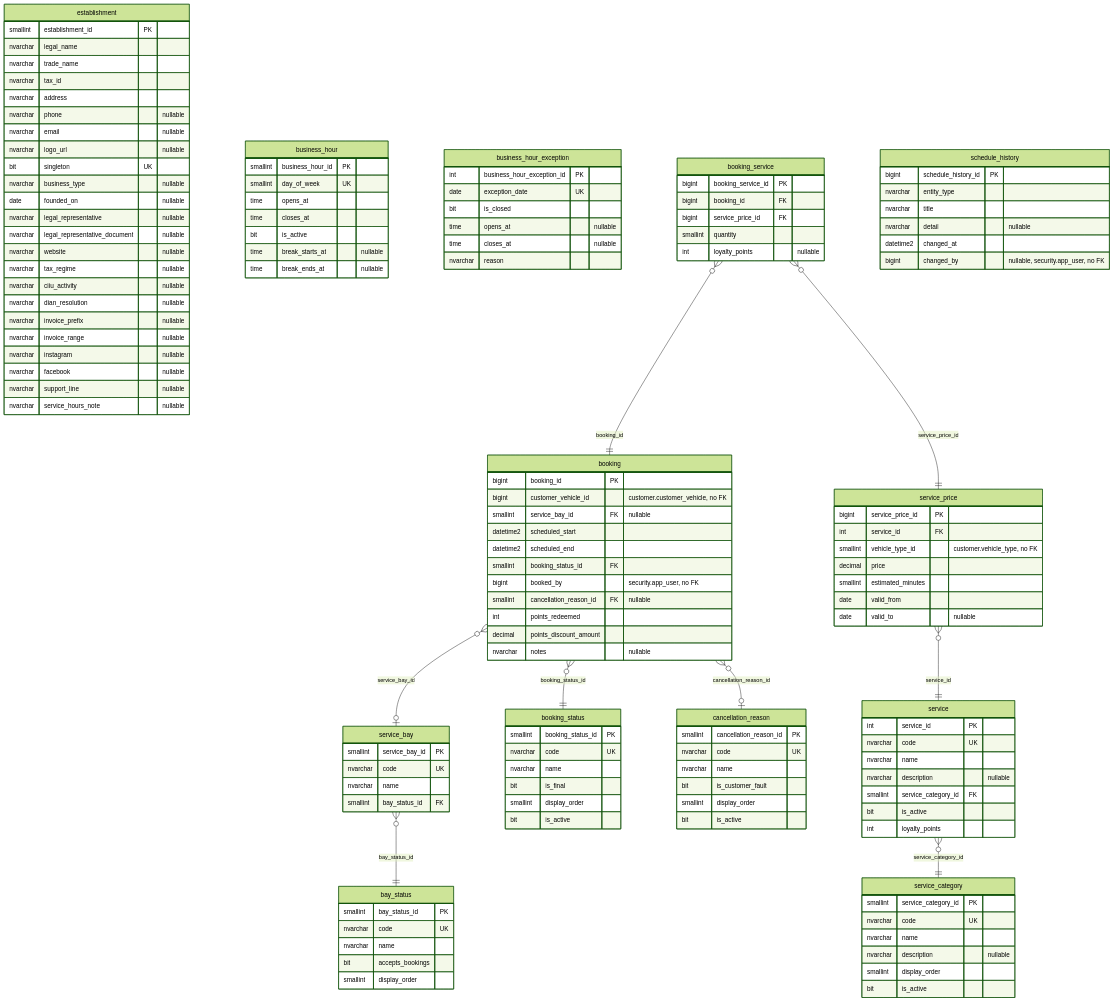
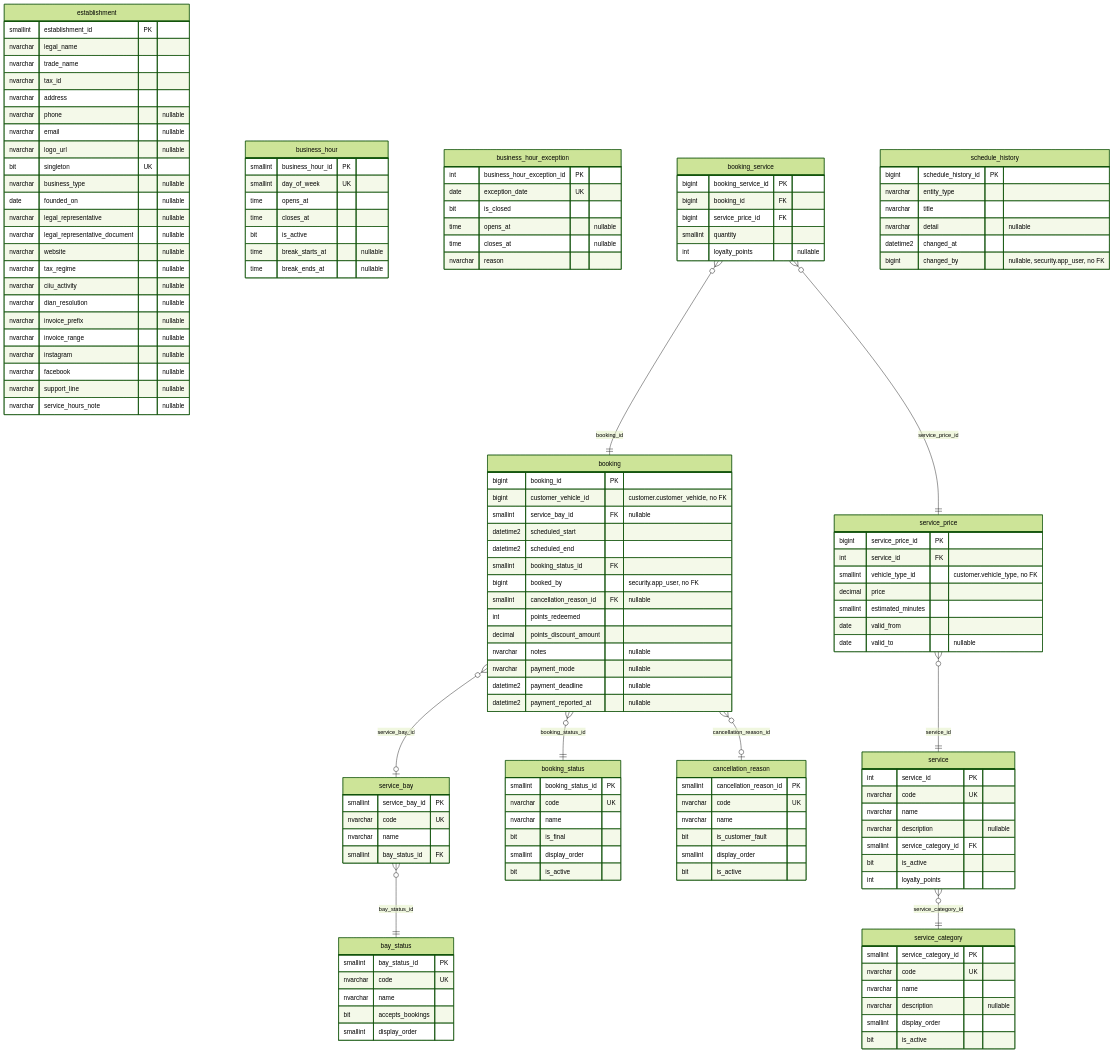
One commit to code-sena/vehicle-w-docs changed the diagram in 08-uml/diagrams/source/erd-booking.md. Above: the diagram before and after it, drawn with Mermaid (forest theme). The commit also changed other lines of this file and 3 other files, not shown here.

First line of the commit message:
docs(data): document booking migration 049 and seed 117 (payment mode and deadline)

```diff
--- a/08-uml/diagrams/source/erd-booking.md
+++ b/08-uml/diagrams/source/erd-booking.md
@@ -106,6 +106,9 @@
         int points_redeemed
         decimal points_discount_amount
         nvarchar notes "nullable"
+        nvarchar payment_mode "nullable"
+        datetime2 payment_deadline "nullable"
+        datetime2 payment_reported_at "nullable"
     }
     booking_service {
         bigint booking_service_id PK
```
